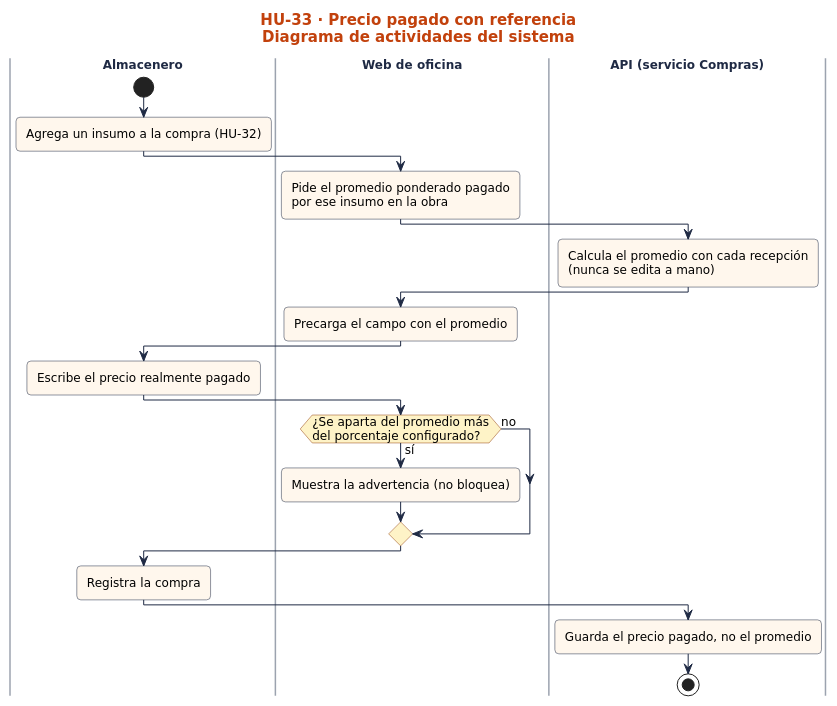
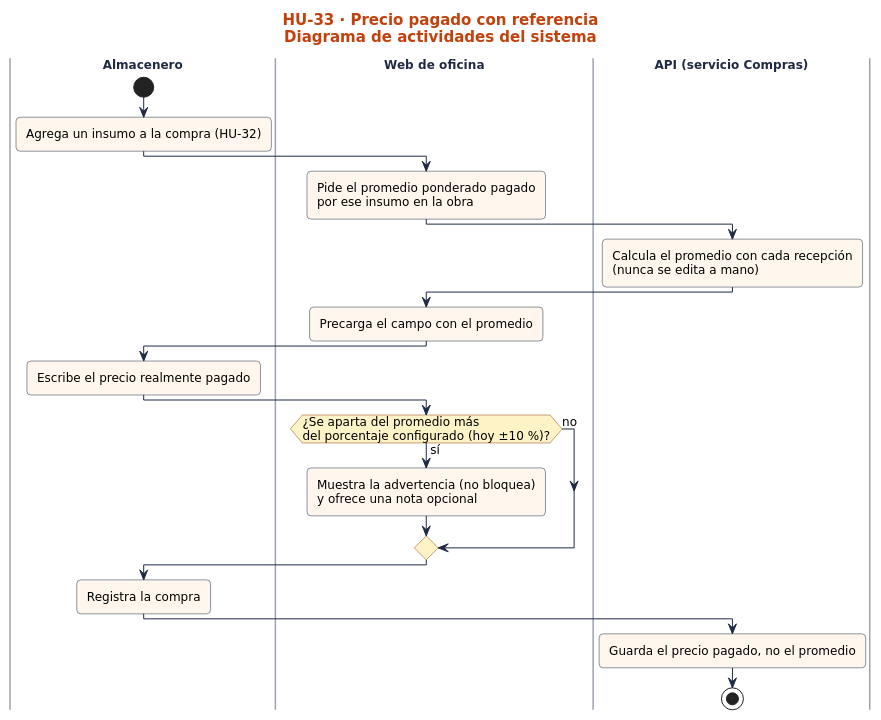
One commit to nandoestebanif/sevens-sigro changed the diagram in docs/sprint-2/diagramas-hu/hu-33-precio-pagado-con-referencia/actividades.puml. Above: the diagram before and after it, drawn with PlantUML. The commit also changed 56 other files, not shown here.

First line of the commit message:
docs(sprint-2): diagramas a medida de 12 HU, estados E06/E07/E12 y guía de Adiel

```diff
--- a/docs/sprint-2/diagramas-hu/hu-33-precio-pagado-con-referencia/actividades.puml
+++ b/docs/sprint-2/diagramas-hu/hu-33-precio-pagado-con-referencia/actividades.puml
@@ -1,56 +1,57 @@
 @startuml
 skinparam defaultFontName "DejaVu Sans"
 skinparam defaultFontSize 12
 skinparam shadowing false
 skinparam roundCorner 8
 skinparam ArrowColor #1F2A44
 skinparam ActivityBorderColor #1F2A44
 skinparam ActivityBackgroundColor #FFF7ED
 skinparam ActivityDiamondBackgroundColor #FEF3C7
 skinparam ActivityDiamondBorderColor #92400E
 skinparam SwimlaneTitleFontStyle bold
 skinparam SwimlaneTitleFontColor #1F2A44
 skinparam SwimlaneBorderColor #9CA3AF
 skinparam PartitionBorderColor #9CA3AF
 skinparam ParticipantBorderColor #1F2A44
 skinparam ParticipantBackgroundColor #FFF7ED
 skinparam ActorBorderColor #1F2A44
 skinparam ActorBackgroundColor #FFF7ED
 skinparam DatabaseBorderColor #1F2A44
 skinparam DatabaseBackgroundColor #E0E7FF
 skinparam SequenceLifeLineBorderColor #9CA3AF
 skinparam SequenceGroupBorderColor #C2410C
 skinparam SequenceGroupHeaderFontColor #C2410C
 skinparam StateBorderColor #1F2A44
 skinparam StateBackgroundColor #FFF7ED
 skinparam StateStartColor #1F2A44
 skinparam StateEndColor #1F2A44
 skinparam NoteBackgroundColor #F3F4F6
 skinparam NoteBorderColor #9CA3AF
 skinparam TitleFontSize 15
 skinparam TitleFontColor #C2410C
 skinparam ClassBorderColor #1F2A44
 skinparam ClassBackgroundColor #FFF7ED
+
 title HU-33 · Precio pagado con referencia\nDiagrama de actividades del sistema
 |Almacenero|
 start
 :Agrega un insumo a la compra (HU-32);
 |Web de oficina|
 :Pide el promedio ponderado pagado\npor ese insumo en la obra;
 |API (servicio Compras)|
 :Calcula el promedio con cada recepción\n(nunca se edita a mano);
 |Web de oficina|
 :Precarga el campo con el promedio;
 |Almacenero|
 :Escribe el precio realmente pagado;
 |Web de oficina|
-if (¿Se aparta del promedio más\ndel porcentaje configurado?) then (sí)
-  :Muestra la advertencia (no bloquea);
+if (¿Se aparta del promedio más\ndel porcentaje configurado (hoy ±10 %)?) then (sí)
+  :Muestra la advertencia (no bloquea)\ny ofrece una nota opcional;
 else (no)
 endif
 |Almacenero|
 :Registra la compra;
 |API (servicio Compras)|
 :Guarda el precio pagado, no el promedio;
 stop
 @enduml
```
